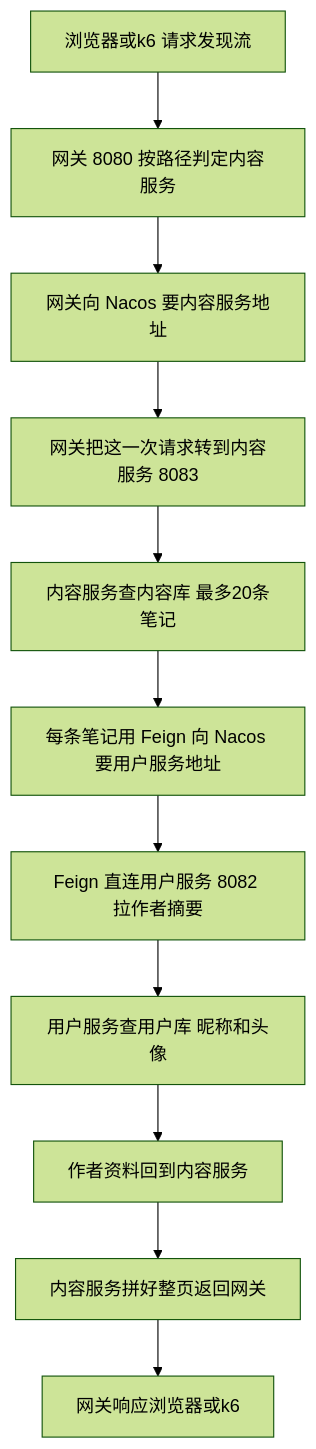
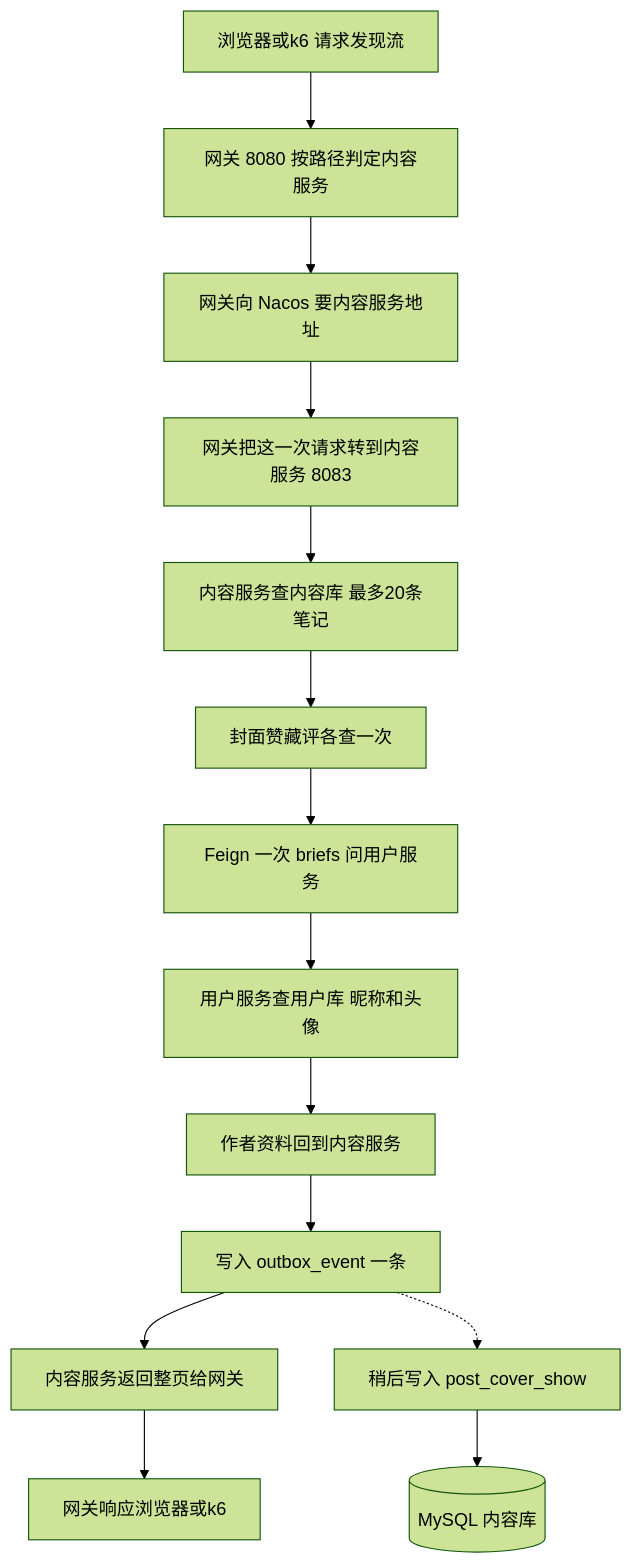
Before and after one commit to Yangleduo00337788/OnePage: diagram 14 of 16 in agi-work-space/src/content/engineering/tech/diagrams.md, drawn with Mermaid (forest theme). The commit also changed other lines of this file and 15 other files, not shown here.

````diff
--- a/agi-work-space/src/content/engineering/tech/diagrams.md
+++ b/agi-work-space/src/content/engineering/tech/diagrams.md
@@ -384,13 +384,16 @@
 ```mermaid
 flowchart TD
   A["浏览器或k6 请求发现流"] --> B["网关 8080 按路径判定内容服务"]
   B --> C["网关向 Nacos 要内容服务地址"]
   C --> D["网关把这一次请求转到内容服务 8083"]
   D --> E["内容服务查内容库 最多20条笔记"]
-  E --> F["每条笔记用 Feign 向 Nacos 要用户服务地址"]
-  F --> G["Feign 直连用户服务 8082 拉作者摘要"]
+  E --> F["封面赞藏评各查一次"]
+  F --> G["Feign 一次 briefs 问用户服务"]
   G --> H["用户服务查用户库 昵称和头像"]
   H --> I["作者资料回到内容服务"]
-  I --> J["内容服务拼好整页返回网关"]
+  I --> L["写入 outbox_event 一条"]
+  L --> J["内容服务返回整页给网关"]
   J --> K["网关响应浏览器或k6"]
+  L -.-> M["稍后写入 post_cover_show"]
+  M --> N[("MySQL 内容库")]
 ```
````
